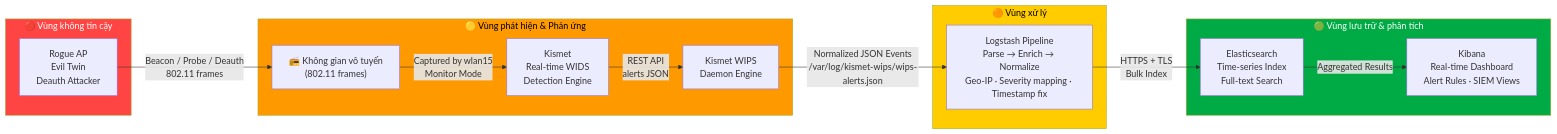
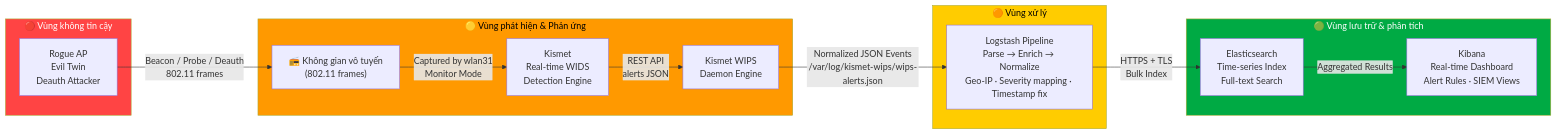
Before and after one commit to ph4n10m1808/wireless-mobile-network-security-project: the seventh of 7 diagrams in DATA_FLOW.md, drawn with Mermaid. The commit also changed other lines of this file and 8 other files, not shown here.

````diff
--- a/DATA_FLOW.md
+++ b/DATA_FLOW.md
@@ -309,33 +309,33 @@
 ```mermaid
 flowchart LR
     subgraph UNTRUSTED["🔴 Vùng không tin cậy"]
         ROGUE2["Rogue AP\nEvil Twin\nDeauth Attacker"]
     end
 
     subgraph DETECTION["🟡 Vùng phát hiện & Phản ứng"]
         AIR["📻 Không gian vô tuyến\n(802.11 frames)"]
         KS2["Kismet\nReal-time WIDS\nDetection Engine"]
         WIPS["Kismet WIPS\nDaemon Engine"]
     end
 
     subgraph PROCESSING["🟠 Vùng xử lý"]
         PIPE["Logstash Pipeline\nParse → Enrich → Normalize\nGeo-IP · Severity mapping · Timestamp fix"]
     end
 
     subgraph STORAGE["🟢 Vùng lưu trữ & phân tích"]
         IDX["Elasticsearch\nTime-series Index\nFull-text Search"]
         DASH["Kibana\nReal-time Dashboard\nAlert Rules · SIEM Views"]
     end
 
     ROGUE2 -->|"Beacon / Probe / Deauth\n802.11 frames"| AIR
-    AIR -->|"Captured by wlan15\nMonitor Mode"| KS2
+    AIR -->|"Captured by wlan31\nMonitor Mode"| KS2
     KS2 -->|"REST API\nalerts JSON"| WIPS
     WIPS -->|"Normalized JSON Events\n/var/log/kismet-wips/wips-alerts.json"| PIPE
     PIPE -->|"HTTPS + TLS\nBulk Index"| IDX
     IDX -->|"Aggregated Results"| DASH
 
     style UNTRUSTED fill:#ff4444,color:#fff
     style DETECTION fill:#ff9900,color:#000
     style PROCESSING fill:#ffcc00,color:#000
     style STORAGE fill:#00aa44,color:#fff
 ```
````
